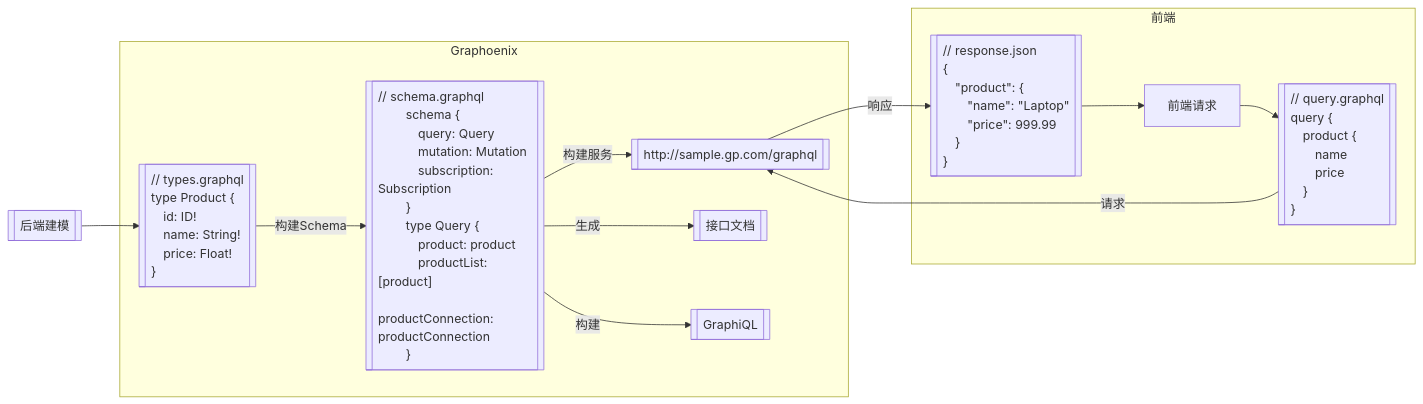
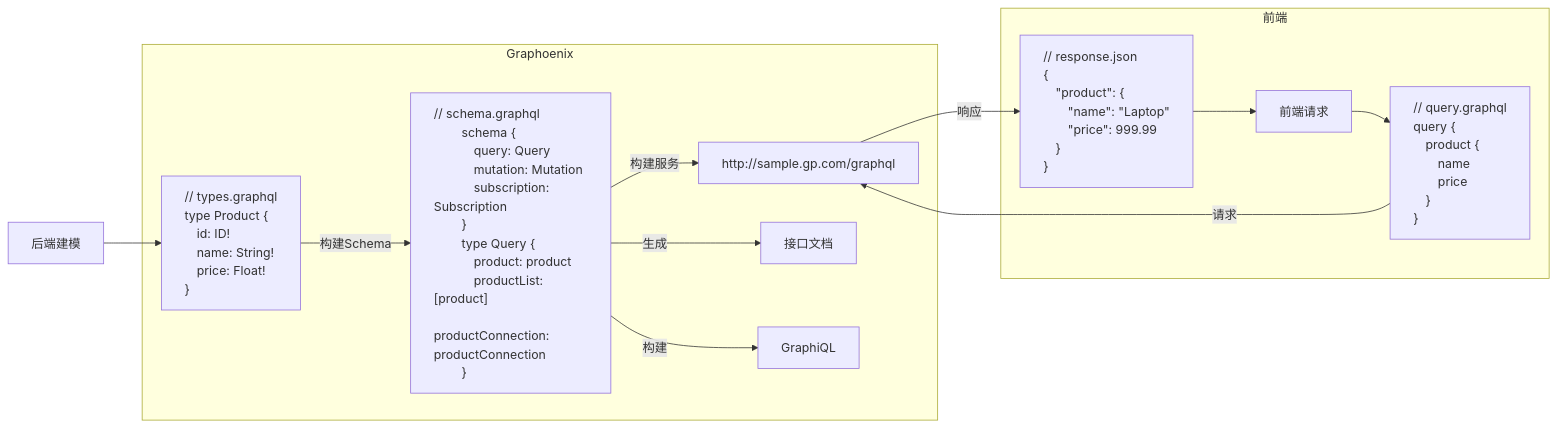
One commit to doukai/gp-doc.github.io changed the second of 12 diagrams in docs/intro.md. Above: the diagram before and after it, drawn with Mermaid. The commit also changed other lines of this file, not shown here.

````diff
--- a/docs/intro.md
+++ b/docs/intro.md
@@ -52,52 +52,52 @@
 ```mermaid
 flowchart LR
-    uml[[后端建模]] --> schema
+    uml[后端建模] --> schema
     request --> query -- 请求 --> http
     http -- 响应 --> response --> request
     subgraph Graphoenix
-        schema[["// types.graphql
+        schema["// types.graphql
         type Product {
         &emsp;id: ID!
         &emsp;name: String!
         &emsp;price: Float!
-        }"]]
-        graphql[["// schema.graphql
+        }"]
+        graphql["// schema.graphql
         schema {
         &emsp;query: Query
         &emsp;mutation: Mutation
         &emsp;subscription: Subscription
         }
         type Query {
         &emsp;product: product
         &emsp;productList: [product]
         &emsp;productConnection: productConnection
-        }"]]
-        http[["http://sample.gp.com/graphql"]]
-        doc[[接口文档]]
-        iq[[GraphiQL]]
+        }"]
+        http["http://sample.gp.com/graphql"]
+        doc[接口文档]
+        iq[GraphiQL]
         schema -- 构建Schema --> graphql -- 构建服务 --> http
         graphql -- 生成 --> doc
         graphql -- 构建 --> iq
     end
     subgraph 前端
         request[前端请求]
-        query[["// query.graphql
+        query["// query.graphql
         query {
         &emsp;product {
         &emsp;&emsp;name
         &emsp;&emsp;price
         &emsp;}
-        }"]]
-        response[["// response.json
+        }"]
+        response["// response.json
         {
         &emsp;&quot;product&quot;: {
         &emsp;&emsp;&quot;name&quot;: &quot;Laptop&quot;
         &emsp;&emsp;&quot;price&quot;: 999.99
         &emsp;}
-        }"]]
+        }"]
     end
     style schema text-align:left
     style graphql text-align:left
     style query text-align:left
     style response text-align:left
 ```
````
